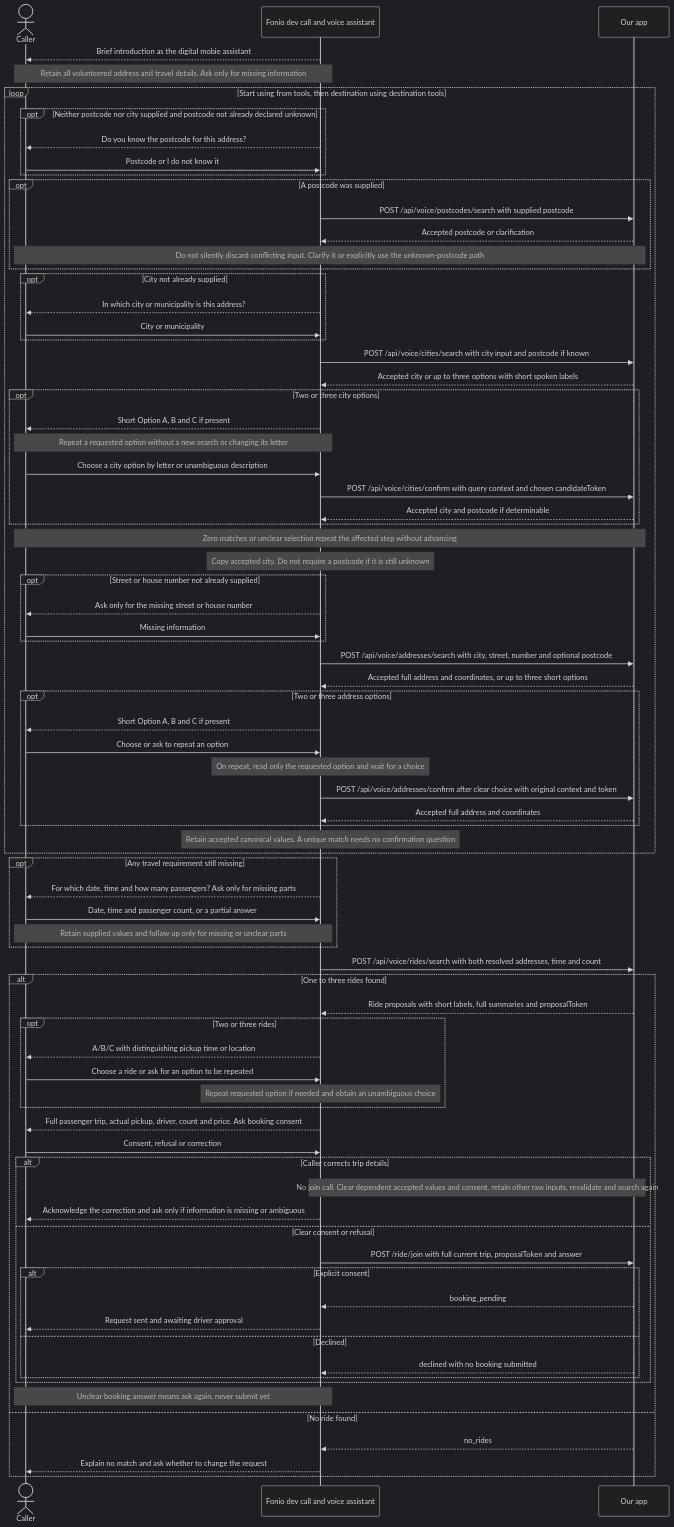
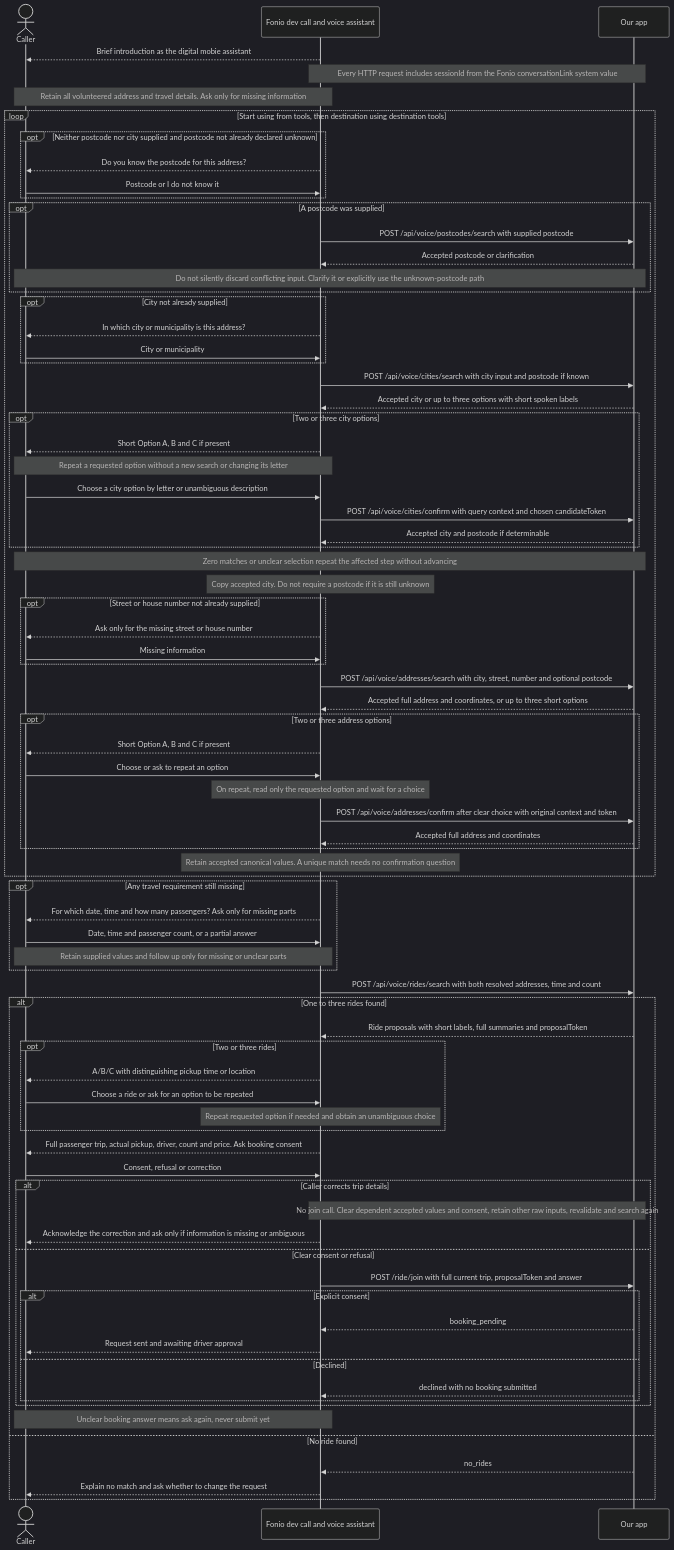
The diagram in docs/specs/fonio-guided-booking-contract.md (3phase/mobie-hackathon-starter), drawn with Mermaid (dark theme) before and after one commit. The commit also changed other lines of this file, not shown here.

Commit message:
docs: add Fonio call correlation to guided request bodies

````diff
--- a/docs/specs/fonio-guided-booking-contract.md
+++ b/docs/specs/fonio-guided-booking-contract.md
@@ -17,80 +17,81 @@
 ```mermaid
 sequenceDiagram
     actor Caller
     participant Fonio as Fonio dev call and voice assistant
     participant App as Our app
     Fonio-->>Caller: Brief introduction as the digital mobie assistant
+    Note over Fonio,App: Every HTTP request includes sessionId from the Fonio conversationLink system value
     Note over Caller,Fonio: Retain all volunteered address and travel details. Ask only for missing information
     loop Start using from tools, then destination using destination tools
         opt Neither postcode nor city supplied and postcode not already declared unknown
             Fonio-->>Caller: Do you know the postcode for this address?
             Caller->>Fonio: Postcode or I do not know it
         end
         opt A postcode was supplied
             Fonio->>App: POST /api/voice/postcodes/search with supplied postcode
             App-->>Fonio: Accepted postcode or clarification
             Note over Caller,App: Do not silently discard conflicting input. Clarify it or explicitly use the unknown-postcode path
         end
         opt City not already supplied
             Fonio-->>Caller: In which city or municipality is this address?
             Caller->>Fonio: City or municipality
         end
         Fonio->>App: POST /api/voice/cities/search with city input and postcode if known
         App-->>Fonio: Accepted city or up to three options with short spoken labels
         opt Two or three city options
             Fonio-->>Caller: Short Option A, B and C if present
             Note over Caller,Fonio: Repeat a requested option without a new search or changing its letter
             Caller->>Fonio: Choose a city option by letter or unambiguous description
             Fonio->>App: POST /api/voice/cities/confirm with query context and chosen candidateToken
             App-->>Fonio: Accepted city and postcode if determinable
         end
         Note over Caller,App: Zero matches or unclear selection repeat the affected step without advancing
         Note over Fonio: Copy accepted city. Do not require a postcode if it is still unknown
         opt Street or house number not already supplied
             Fonio-->>Caller: Ask only for the missing street or house number
             Caller->>Fonio: Missing information
         end
         Fonio->>App: POST /api/voice/addresses/search with city, street, number and optional postcode
         App-->>Fonio: Accepted full address and coordinates, or up to three short options
         opt Two or three address options
             Fonio-->>Caller: Short Option A, B and C if present
             Caller->>Fonio: Choose or ask to repeat an option
             Note over Fonio: On repeat, read only the requested option and wait for a choice
             Fonio->>App: POST /api/voice/addresses/confirm after clear choice with original context and token
             App-->>Fonio: Accepted full address and coordinates
         end
         Note over Fonio: Retain accepted canonical values. A unique match needs no confirmation question
     end
     opt Any travel requirement still missing
         Fonio-->>Caller: For which date, time and how many passengers? Ask only for missing parts
         Caller->>Fonio: Date, time and passenger count, or a partial answer
         Note over Caller,Fonio: Retain supplied values and follow up only for missing or unclear parts
     end
     Fonio->>App: POST /api/voice/rides/search with both resolved addresses, time and count
     alt One to three rides found
         App-->>Fonio: Ride proposals with short labels, full summaries and proposalToken
         opt Two or three rides
             Fonio-->>Caller: A/B/C with distinguishing pickup time or location
             Caller->>Fonio: Choose a ride or ask for an option to be repeated
             Note over Fonio: Repeat requested option if needed and obtain an unambiguous choice
         end
         Fonio-->>Caller: Full passenger trip, actual pickup, driver, count and price. Ask booking consent
         Caller->>Fonio: Consent, refusal or correction
         alt Caller corrects trip details
             Note over Fonio,App: No join call. Clear dependent accepted values and consent, retain other raw inputs, revalidate and search again
             Fonio-->>Caller: Acknowledge the correction and ask only if information is missing or ambiguous
         else Clear consent or refusal
             Fonio->>App: POST /ride/join with full current trip, proposalToken and answer
             alt Explicit consent
                 App-->>Fonio: booking_pending
                 Fonio-->>Caller: Request sent and awaiting driver approval
             else Declined
                 App-->>Fonio: declined with no booking submitted
             end
         end
         Note over Caller,Fonio: Unclear booking answer means ask again, never submit yet
     else No ride found
         App-->>Fonio: no_rides
         Fonio-->>Caller: Explain no match and ask whether to change the request
     end
 ```
````
